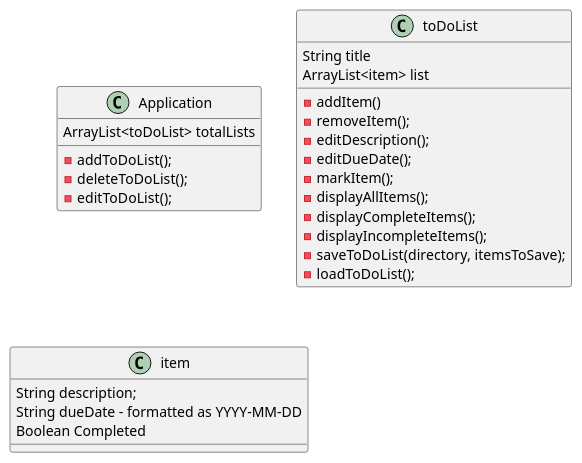
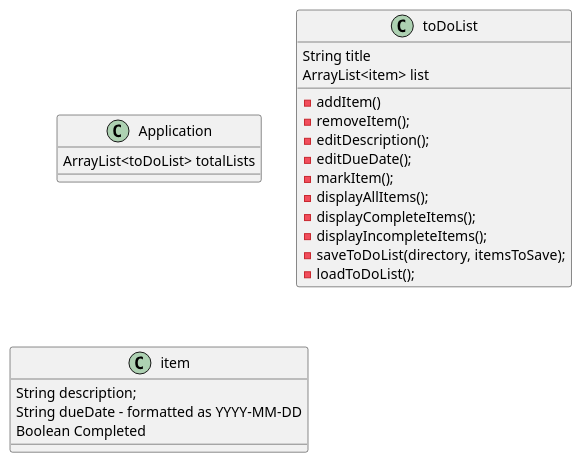
Before and after one commit to TheChief5141/kilburn-app1-impl: the diagram in docs/ApplicationAssignment1Design.puml, drawn with PlantUML. The commit also changed 12 other files, not shown here.

```diff
--- a/docs/ApplicationAssignment1Design.puml
+++ b/docs/ApplicationAssignment1Design.puml
@@ -1,42 +1,39 @@
 @startuml
 'https://plantuml.com/sequence-diagram
 
 class Application{
     'attributes'
     ArrayList<toDoList> totalLists
 
-    'methods'
-    -addToDoList();
-    -deleteToDoList();
-    -editToDoList();
+
 
 }
 class toDoList{
  'attributes'
  String title
  ArrayList<item> list
 
 
  'methods'
  -addItem()
  -removeItem();
  -editDescription();
  -editDueDate();
  -markItem();
  -displayAllItems();
  -displayCompleteItems();
  -displayIncompleteItems();
  -saveToDoList(directory, itemsToSave);
 
 
 
  -loadToDoList();
 }
 class item{
     String description;
     String dueDate - formatted as YYYY-MM-DD
     Boolean Completed
 
 }
 
 @enduml
```
